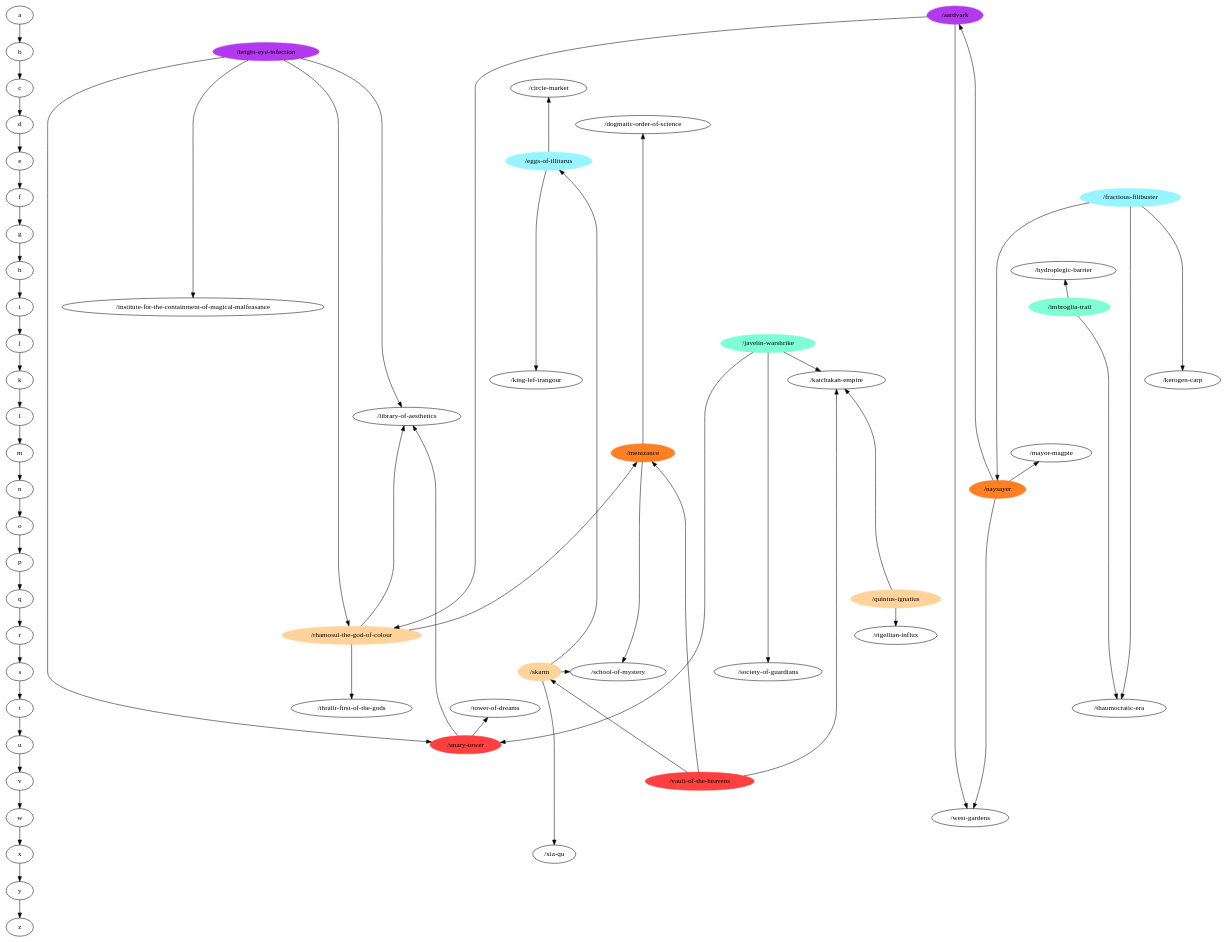
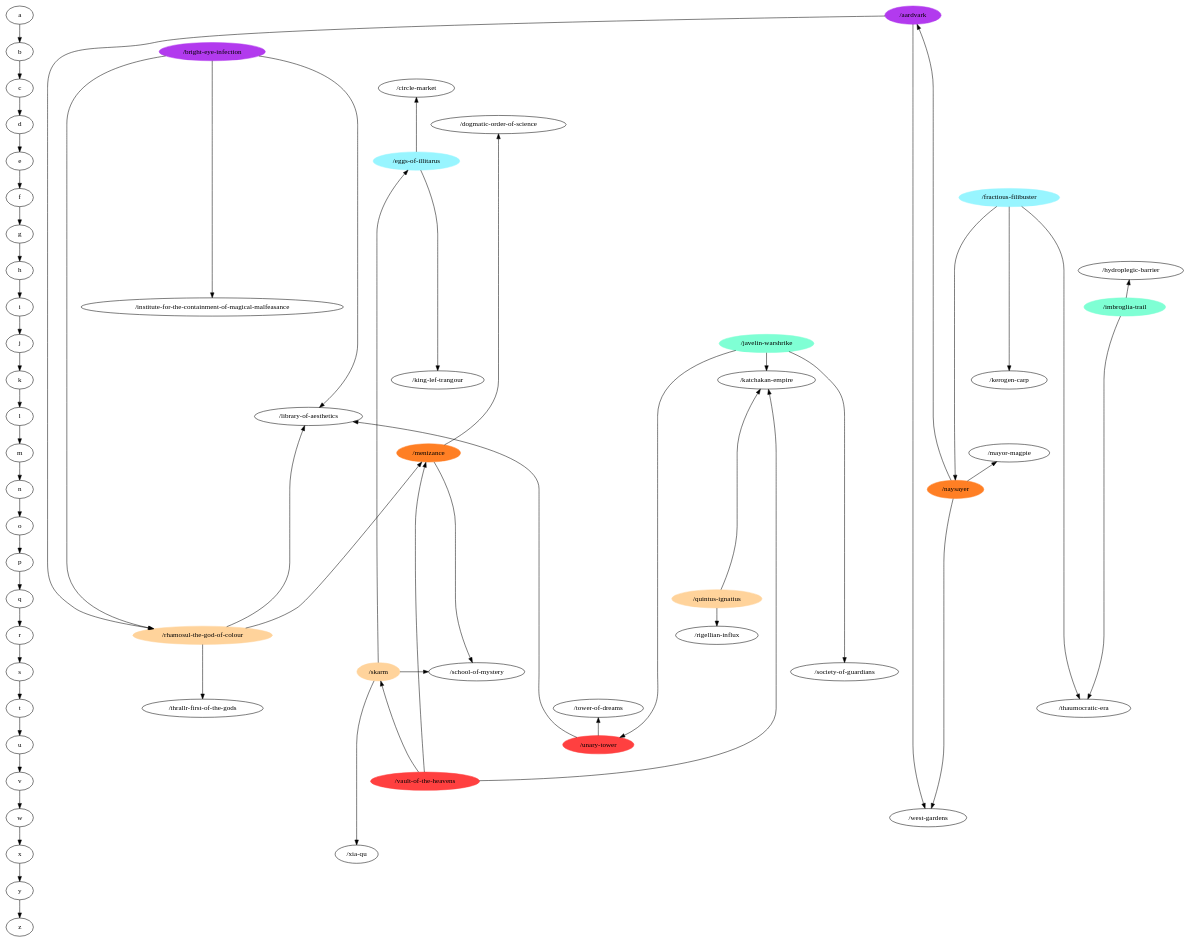
The diagram in at-ranked.dot (m-r-hunt/od117-walker), drawn with Graphviz before and after one commit. The commit also changed 3 other files, not shown here.

Commit message:
Updated graphs.

```diff
--- a/at-ranked.dot
+++ b/at-ranked.dot
@@ -1,145 +1,144 @@
 digraph G {
 a->b->c->d->e->f->g->h->i->j->k->l->m->n->o->p->q->r->s->t->u->v->w->x->y->z;
 { rank=same;
 a;
 "/aardvark" [color=darkorchid2,style=filled];
 }
 { rank=same;
 b;
 "/bright-eye-infection" [color=darkorchid2,style=filled];
 }
 { rank=same;
 c;
 "/circle-market";
 }
 { rank=same;
 d;
 "/dogmatic-order-of-science";
 }
 { rank=same;
 e;
 "/eggs-of-illitarus" [color=cadetblue1,style=filled];
 }
 { rank=same;
 f;
 "/fractious-filibuster" [color=cadetblue1,style=filled];
 }
 { rank=same;
 g;
 }
 { rank=same;
 h;
 "/hydroplegic-barrier";
 }
 { rank=same;
 i;
 "/institute-for-the-containment-of-magical-malfeasance";
 "/imbroglia-trail" [color=aquamarine,style=filled];
 }
 { rank=same;
 j;
 "/javelin-warshrike" [color=aquamarine,style=filled];
 }
 { rank=same;
 k;
 "/kerogen-carp";
 "/king-lef-trangour";
 "/katchakan-empire";
 }
 { rank=same;
 l;
 "/library-of-aesthetics";
 }
 { rank=same;
 m;
 "/mayor-magpie";
 "/menizance" [color=chocolate1,style=filled];
 }
 { rank=same;
 n;
 "/naysayer" [color=chocolate1,style=filled];
 }
 { rank=same;
 o;
 }
 { rank=same;
 p;
 }
 { rank=same;
 q;
 "/quintus-ignatius" [color=burlywood1,style=filled];
 }
 { rank=same;
 r;
 "/rhamosul-the-god-of-colour" [color=burlywood1,style=filled];
 "/rigellian-influx";
 }
 { rank=same;
 s;
 "/skarm" [color=burlywood1,style=filled];
 "/school-of-mystery";
 "/society-of-guardians";
 }
 { rank=same;
 t;
 "/thrallr-first-of-the-gods";
 "/thaumocratic-era";
 "/tower-of-dreams";
 }
 { rank=same;
 u;
 "/unary-tower" [color=brown1,style=filled];
 }
 { rank=same;
 v;
 "/vault-of-the-heavens" [color=brown1,style=filled];
 }
 { rank=same;
 w;
 "/west-gardens";
 }
 { rank=same;
 x;
 "/xia-qu";
 }
 { rank=same;
 y;
 }
 { rank=same;
 z;
 }
 "/unary-tower" -> "/tower-of-dreams";
 "/unary-tower" -> "/library-of-aesthetics";
 "/skarm" -> "/school-of-mystery";
 "/skarm" -> "/eggs-of-illitarus";
 "/skarm" -> "/xia-qu";
 "/javelin-warshrike" -> "/unary-tower";
 "/javelin-warshrike" -> "/society-of-guardians";
 "/javelin-warshrike" -> "/katchakan-empire";
 "/imbroglia-trail" -> "/thaumocratic-era";
 "/imbroglia-trail" -> "/hydroplegic-barrier";
 "/rhamosul-the-god-of-colour" -> "/thrallr-first-of-the-gods";
 "/rhamosul-the-god-of-colour" -> "/library-of-aesthetics";
 "/rhamosul-the-god-of-colour" -> "/menizance";
 "/eggs-of-illitarus" -> "/king-lef-trangour";
 "/eggs-of-illitarus" -> "/circle-market";
 "/naysayer" -> "/west-gardens";
 "/naysayer" -> "/mayor-magpie";
 "/naysayer" -> "/aardvark";
 "/quintus-ignatius" -> "/rigellian-influx";
 "/quintus-ignatius" -> "/katchakan-empire";
 "/bright-eye-infection" -> "/institute-for-the-containment-of-magical-malfeasance";
-"/bright-eye-infection" -> "/unary-tower";
 "/bright-eye-infection" -> "/rhamosul-the-god-of-colour";
 "/bright-eye-infection" -> "/library-of-aesthetics";
 "/vault-of-the-heavens" -> "/skarm";
 "/vault-of-the-heavens" -> "/menizance";
 "/vault-of-the-heavens" -> "/katchakan-empire";
 "/fractious-filibuster" -> "/kerogen-carp";
 "/fractious-filibuster" -> "/naysayer";
 "/fractious-filibuster" -> "/thaumocratic-era";
 "/menizance" -> "/school-of-mystery";
 "/menizance" -> "/dogmatic-order-of-science";
 "/aardvark" -> "/rhamosul-the-god-of-colour";
 "/aardvark" -> "/west-gardens";
 }
```
